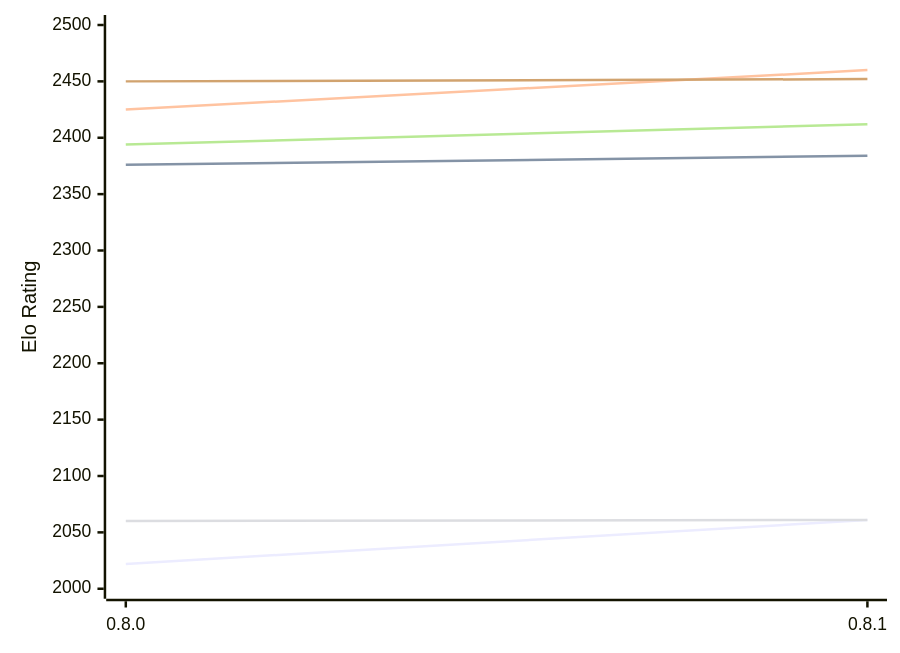
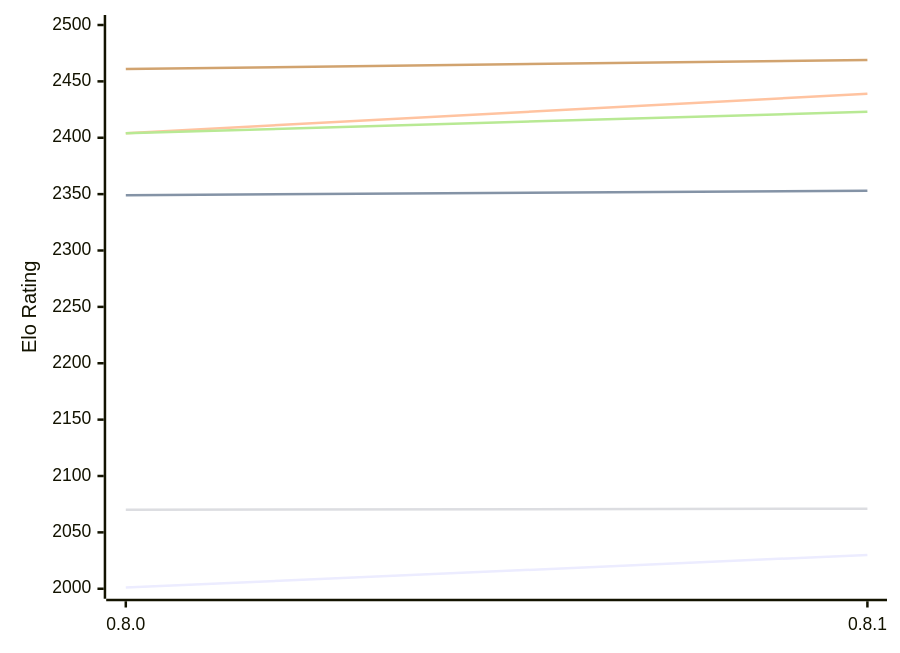
One commit to computer-chess-index/cci changed the diagram in engines/LittleWing.md. Above: the diagram before and after it, drawn with Mermaid. The commit also changed other lines of this file, not shown here.

Commit message:
Update CCI Ratings (ELO VLTC) - 2026-11-12

````diff
--- a/engines/LittleWing.md
+++ b/engines/LittleWing.md
@@ -49,12 +49,12 @@
 ```mermaid
 %%{init: {"theme":"base","themeVariables":{"seriesColors:['#a3a3a3','#222221','#faa371']}}}%%
 xychart-beta
   x-axis ["0.8.0", "0.8.1"]
   y-axis "Elo Rating" 2000 --> 2500
-  line "E1: STC (8.0+0.08s)" [2022, 2061]
-  line "E1: LTC (60.0+0.60s)" [2376, 2384]
-  line "E1: VLTC (2m24s+1.12s)" [2425, 2460]
-  line "P1: STC (8.0+0.08s)" [2060, 2061]
-  line "P1: LTC (60.0+0.60s)" [2394, 2412]
-  line "P1: VLTC (2m24s+1.12s)" [2450, 2452]
+  line "E1: STC (8.0+0.08s)" [2001, 2030]
+  line "E1: LTC (60.0+0.60s)" [2349, 2353]
+  line "E1: VLTC (2m24s+1.12s)" [2404, 2439]
+  line "P1: STC (8.0+0.08s)" [2070, 2071]
+  line "P1: LTC (60.0+0.60s)" [2404, 2423]
+  line "P1: VLTC (2m24s+1.12s)" [2461, 2469]
 ```
````
